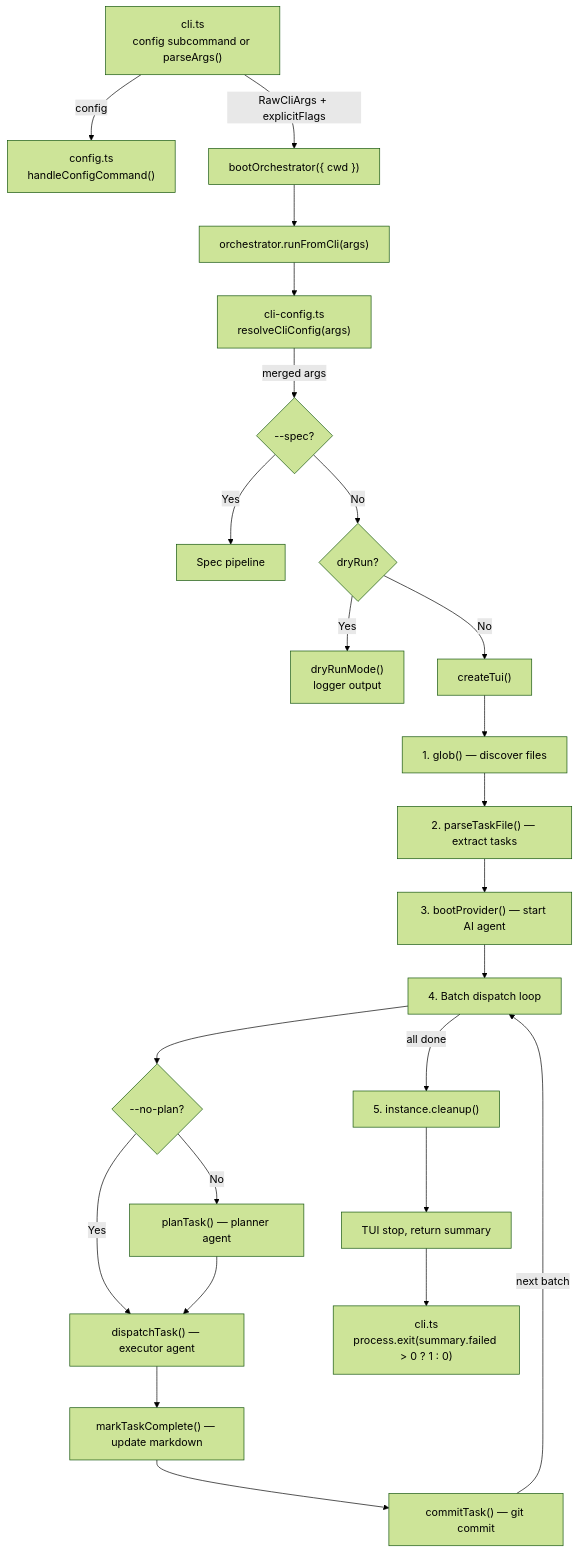
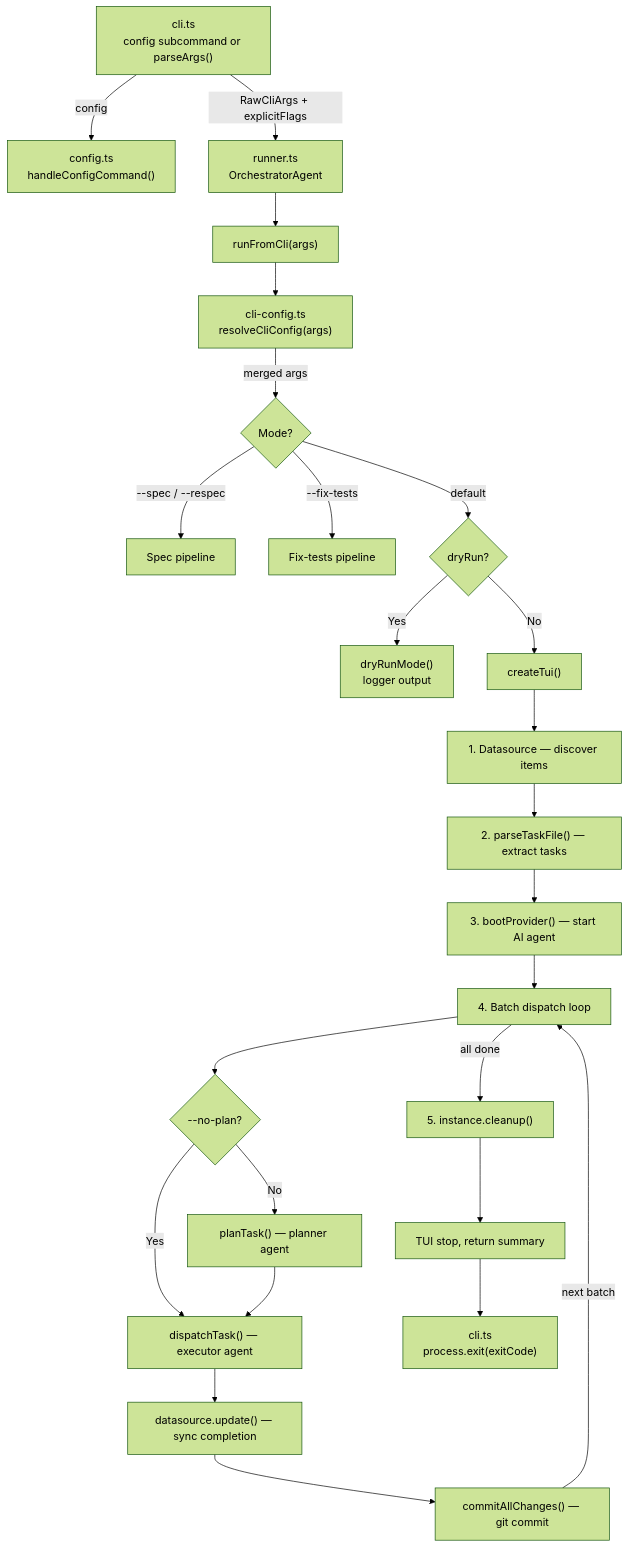
One commit to PatrickRuddiman/Dispatch changed the diagram in docs/cli-orchestration/overview.md. Above: the diagram before and after it, drawn with Mermaid (forest theme). The commit also changed other lines of this file and 66 other files, not shown here.

````diff
--- a/docs/cli-orchestration/overview.md
+++ b/docs/cli-orchestration/overview.md
@@ -34,26 +34,27 @@
 ```mermaid
 flowchart TD
     A["cli.ts<br/>config subcommand or parseArgs()"] -->|"config"| A2["config.ts<br/>handleConfigCommand()"]
-    A -->|"RawCliArgs + explicitFlags"| B["bootOrchestrator({ cwd })"]
-    B --> B2["orchestrator.runFromCli(args)"]
+    A -->|"RawCliArgs + explicitFlags"| B["runner.ts<br/>OrchestratorAgent"]
+    B --> B2["runFromCli(args)"]
     B2 --> B3["cli-config.ts<br/>resolveCliConfig(args)"]
-    B3 -->|"merged args"| C{"--spec?"}
-    C -->|Yes| C2["Spec pipeline"]
-    C -->|No| D{"dryRun?"}
+    B3 -->|"merged args"| C{"Mode?"}
+    C -->|"--spec / --respec"| C2["Spec pipeline"]
+    C -->|"--fix-tests"| C3["Fix-tests pipeline"]
+    C -->|"default"| D{"dryRun?"}
     D -->|Yes| E["dryRunMode()<br/>logger output"]
     D -->|No| F["createTui()"]
-    F --> G["1. glob() — discover files"]
+    F --> G["1. Datasource — discover items"]
     G --> H["2. parseTaskFile() — extract tasks"]
     H --> I["3. bootProvider() — start AI agent"]
     I --> J["4. Batch dispatch loop"]
     J --> K{"--no-plan?"}
     K -->|No| L["planTask() — planner agent"]
     K -->|Yes| M["dispatchTask() — executor agent"]
     L --> M
-    M --> N["markTaskComplete() — update markdown"]
-    N --> O["commitTask() — git commit"]
+    M --> N["datasource.update() — sync completion"]
+    N --> O["commitAllChanges() — git commit"]
     O -->|next batch| J
     J -->|all done| P["5. instance.cleanup()"]
     P --> Q["TUI stop, return summary"]
-    Q --> R["cli.ts<br/>process.exit(summary.failed > 0 ? 1 : 0)"]
+    Q --> R["cli.ts<br/>process.exit(exitCode)"]
 ```
````
